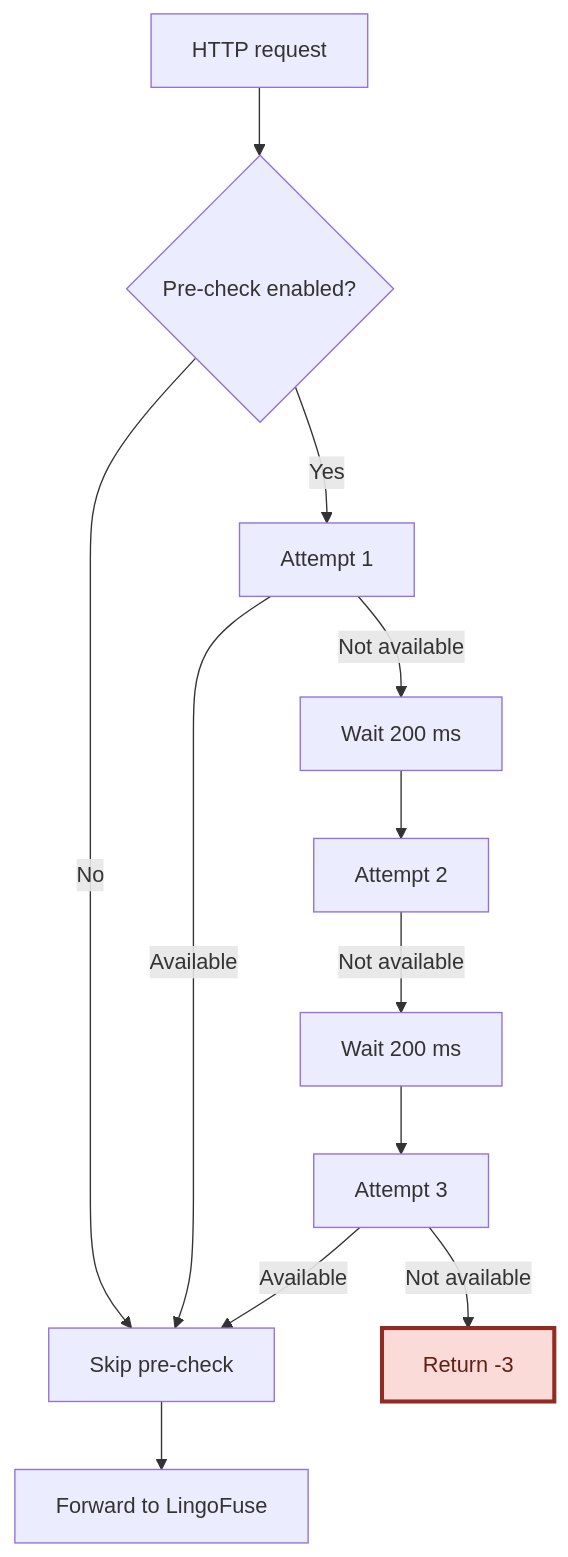
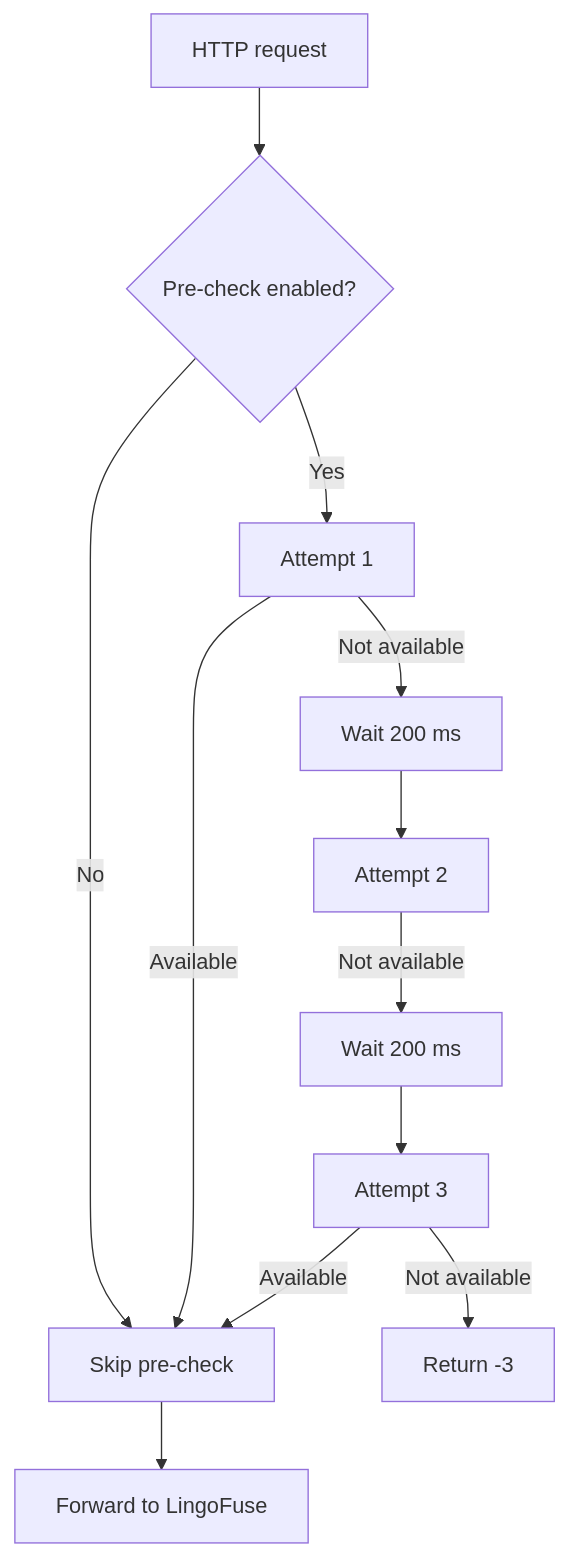
One commit to PassByYou888/LingoFuse changed the ninth of 24 diagrams in Py/lingofuse/Bridge_User_Guide.md. Above: the diagram before and after it, drawn with Mermaid. The commit also changed other lines of this file and 78 other files, not shown here.

````diff
--- a/Py/lingofuse/Bridge_User_Guide.md
+++ b/Py/lingofuse/Bridge_User_Guide.md
@@ -357,16 +361,14 @@
 ```mermaid
 flowchart TD
     A["HTTP request"] --> B{"Pre-check enabled?"}
     B -- "No" --> Z["Skip pre-check"]
     B -- "Yes" --> C["Attempt 1"]
     C -->|"Available"| Z
     C -->|"Not available"| D["Wait 200 ms"]
     D --> E["Attempt 2"]
     E -->|"Not available"| F["Wait 200 ms"]
     F --> G["Attempt 3"]
     G -->|"Not available"| X["Return -3"]
     G -->|"Available"| Z
     Z --> H["Forward to LingoFuse"]
-
-    style X fill:#FADBD8,stroke:#922B21,stroke-width:3px,color:#641E16
 ```
````
